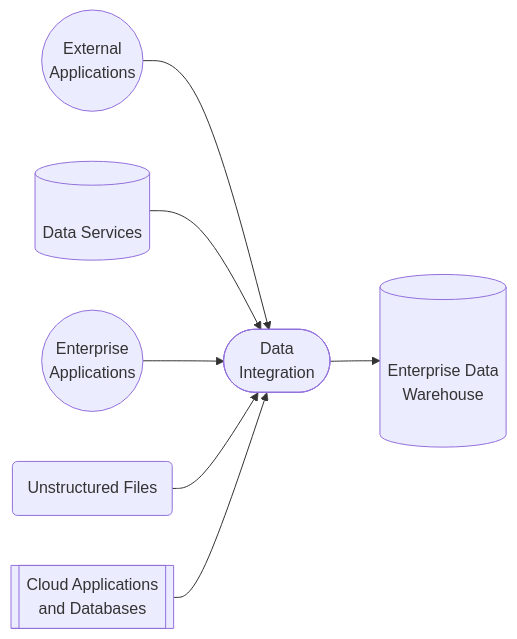
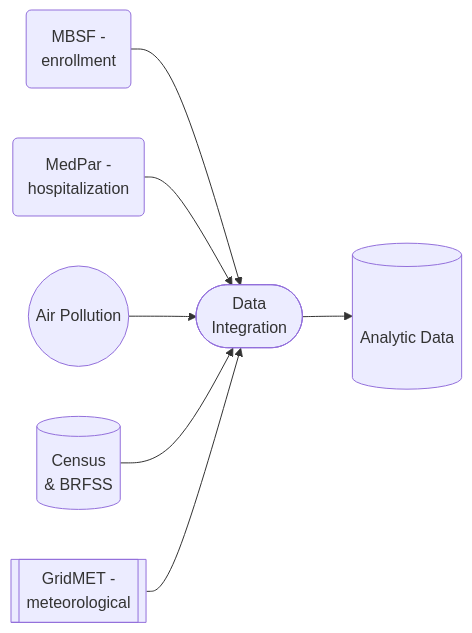
Before and after one commit to NSAPH-Data-Processing/sql-utils: the second of 2 diagrams in docs/README.md, drawn with Mermaid.

````diff
--- a/docs/README.md
+++ b/docs/README.md
@@ -28,15 +28,15 @@
 ```mermaid
 flowchart LR
     %% creating nodes
-    id1([Data \n Integration])
+    id1([Data\n Integration])
     
     %% linking nodes
-    id2((External \n Applications))-->id1
-    id3[(\nData Services)]-->id1
-    id4((Enterprise \n Applications))-->id1
-    id5(Unstructured Files)-->id1
-    id6[[Cloud Applications \n and Databases]]-->id1
+    id2(MBSF -\n enrollment)-->id1
+    id3(MedPar -\n hospitalization)-->id1
+    id4((Air Pollution))-->id1
+    id5[(Census \n& BRFSS)]-->id1
+    id6[[GridMET -\n meteorological]]-->id1
     
     %% integration to warehouse
-    id1-->id7[(\n\n Enterprise Data \n Warehouse \n\n)]
+    id1-->id7[(\n\n Analytic Data \n\n)]
 ```
````
